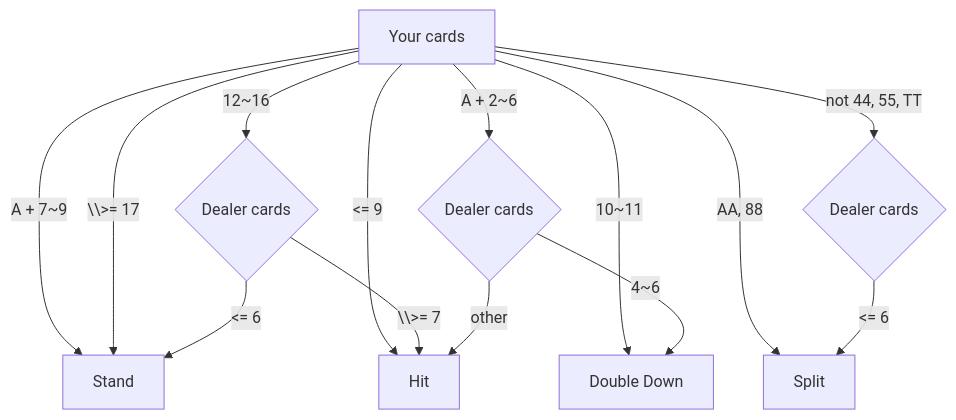
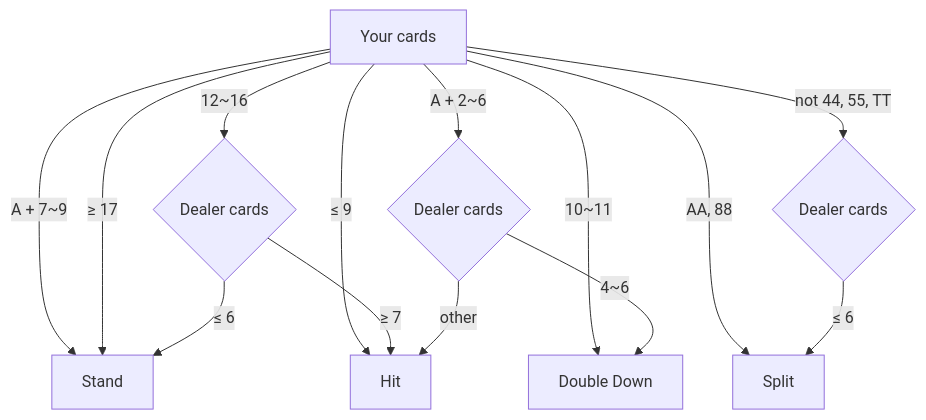
The second of 2 diagrams in README.md (eric19960304/blackjack-basic-strategy-decision-tree), drawn with Mermaid before and after one commit. The commit also changed other lines of this file, not shown here.

````diff
--- a/README.md
+++ b/README.md
@@ -33,25 +33,25 @@
 ```mermaid
 flowchart TB
     playerCards[Your cards]
 
     playerCards --> |A + 7~9| stand
-    playerCards --> | \\>= 17| stand
+    playerCards --> | ≥ 17| stand
     playerCards --> |12~16| delarCards{Dealer cards}
     playerCards --> |10~11| doubleDown
-    playerCards --> |<= 9| hit
+    playerCards --> |≤ 9| hit
     playerCards --> |AA, 88| split
     playerCards --> |not 44, 55, TT| delarCards3{Dealer cards}
 
     playerCards --> |A + 2~6| delarCards2{Dealer cards}
 
-    delarCards --> | <= 6| stand
-    delarCards --> | \\>= 7| hit
+    delarCards --> | ≤ 6| stand
+    delarCards --> | ≥ 7| hit
     delarCards2 --> |4~6| doubleDown
     delarCards2 --> |other| hit
-    delarCards3 --> |<= 6| split
+    delarCards3 --> |≤ 6| split
 
     stand[Stand]
     hit[Hit]
     doubleDown[Double Down]
     split[Split]
 ```
````
